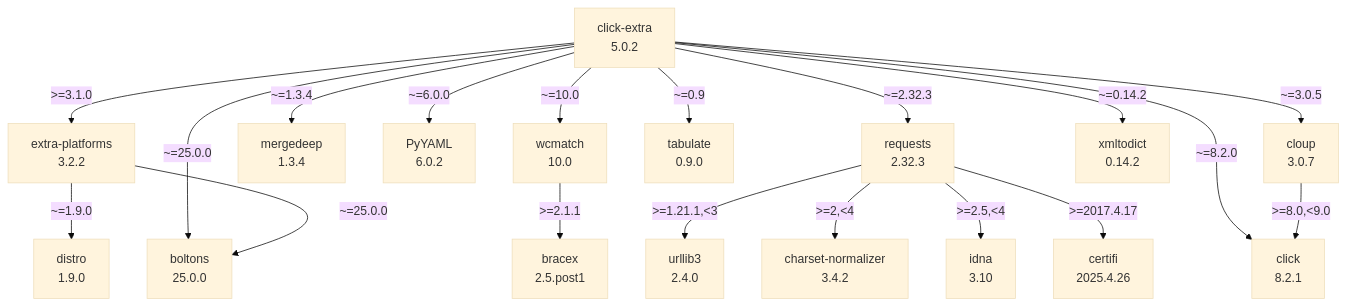
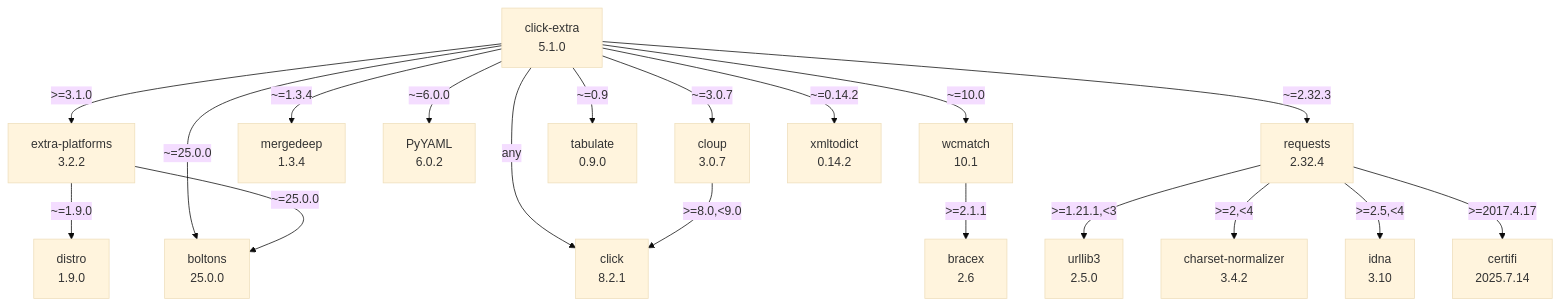
Before and after one commit to kdeldycke/click-extra: the diagram in docs/assets/dependencies.mmd, drawn with Mermaid (base theme).

Commit message:
[autofix] Regenerate dependency graph

```diff
--- a/docs/assets/dependencies.mmd
+++ b/docs/assets/dependencies.mmd
@@ -1,37 +1,37 @@
 flowchart TD
     classDef missing stroke-dasharray: 5
     boltons["boltons\n25.0.0"]
-    bracex["bracex\n2.5.post1"]
-    certifi["certifi\n2025.4.26"]
+    bracex["bracex\n2.6"]
+    certifi["certifi\n2025.7.14"]
     charset-normalizer["charset-normalizer\n3.4.2"]
-    click-extra["click-extra\n5.0.2"]
+    click-extra["click-extra\n5.1.0"]
     click_0["click\n8.2.1"]
     cloup["cloup\n3.0.7"]
     distro["distro\n1.9.0"]
     extra-platforms["extra-platforms\n3.2.2"]
     idna["idna\n3.10"]
     mergedeep["mergedeep\n1.3.4"]
     pyyaml["PyYAML\n6.0.2"]
-    requests["requests\n2.32.3"]
+    requests["requests\n2.32.4"]
     tabulate["tabulate\n0.9.0"]
-    urllib3["urllib3\n2.4.0"]
-    wcmatch["wcmatch\n10.0"]
+    urllib3["urllib3\n2.5.0"]
+    wcmatch["wcmatch\n10.1"]
     xmltodict["xmltodict\n0.14.2"]
     click-extra -- ">=3.1.0" --> extra-platforms
+    click-extra -- "any" --> click_0
     click-extra -- "~=0.14.2" --> xmltodict
     click-extra -- "~=0.9" --> tabulate
     click-extra -- "~=1.3.4" --> mergedeep
     click-extra -- "~=10.0" --> wcmatch
     click-extra -- "~=2.32.3" --> requests
     click-extra -- "~=25.0.0" --> boltons
-    click-extra -- "~=3.0.5" --> cloup
+    click-extra -- "~=3.0.7" --> cloup
     click-extra -- "~=6.0.0" --> pyyaml
-    click-extra -- "~=8.2.0" --> click_0
     cloup -- ">=8.0,<9.0" --> click_0
     extra-platforms -- "~=1.9.0" --> distro
     extra-platforms -- "~=25.0.0" --> boltons
     requests -- ">=1.21.1,<3" --> urllib3
     requests -- ">=2,<4" --> charset-normalizer
     requests -- ">=2.5,<4" --> idna
     requests -- ">=2017.4.17" --> certifi
     wcmatch -- ">=2.1.1" --> bracex
```
